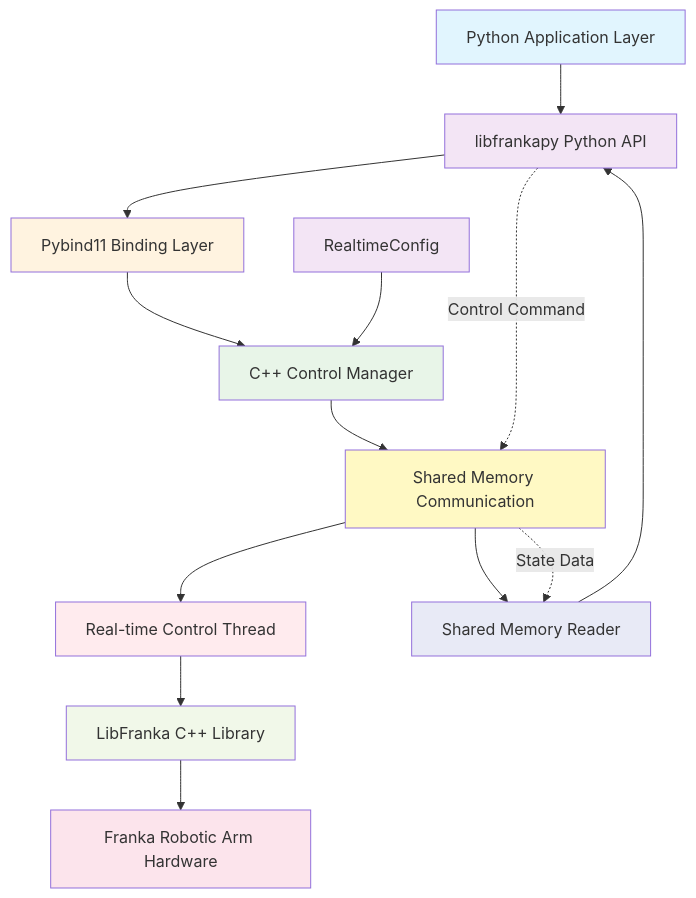
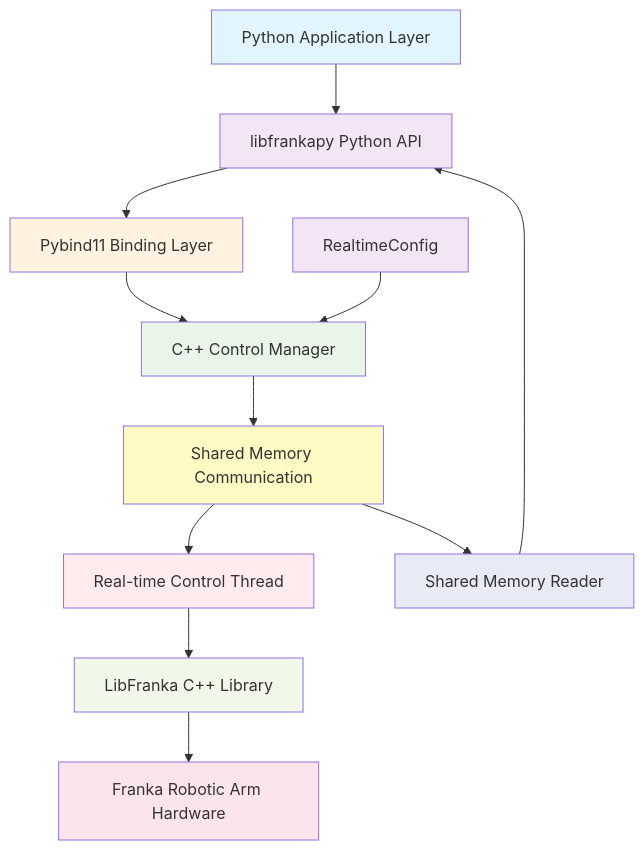
Before and after one commit to han-xudong/libfrankapy: the diagram in README.md, drawn with Mermaid. The commit also changed 2 other files, not shown here.

Commit message:
modified:   .pre-commit-config.yaml 	modified:   README.md 	deleted:    update_version.py

````diff
--- a/README.md
+++ b/README.md
@@ -104,26 +104,24 @@
 ```mermaid
 graph TD
     A[Python Application Layer] --> B[libfrankapy Python API]
     B --> C[Pybind11 Binding Layer]
     C --> D[C++ Control Manager]
     D --> E[Shared Memory Communication]
     E --> F[Real-time Control Thread]
     F --> G[LibFranka C++ Library]
     G --> H[Franka Robotic Arm Hardware]
     E --> I[Shared Memory Reader]
     I --> B
     J[RealtimeConfig] --> D
-    B -."Control Command".-> E
-    E -."State Data".-> I
     
     style A fill:#e1f5fe
     style B fill:#f3e5f5
     style C fill:#fff3e0
     style D fill:#e8f5e8
     style E fill:#fff9c4
     style F fill:#ffebee
     style G fill:#f1f8e9
     style H fill:#fce4ec
     style I fill:#e8eaf6
     style J fill:#f3e5f5
 ```
````
